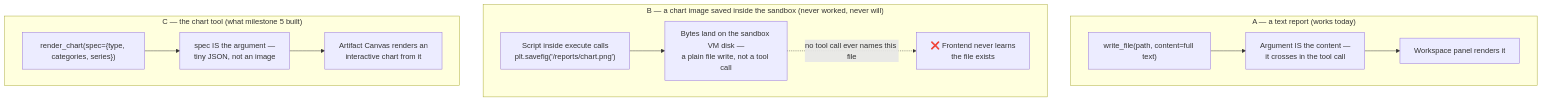
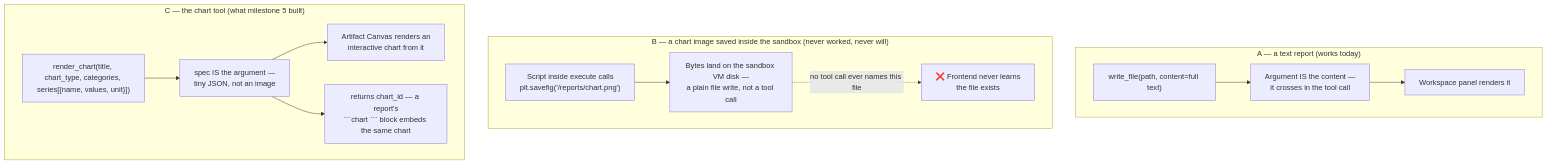
One commit to jzamalloa1/intelligence-workbench changed the second of 2 diagrams in README.md. Above: the diagram before and after it, drawn with Mermaid. The commit also changed other lines of this file and 13 other files, not shown here.

````diff
--- a/README.md
+++ b/README.md
@@ -191,20 +194,21 @@
 ```mermaid
 flowchart TD
     subgraph S1["A — a text report (works today)"]
         direction LR
         A1["write_file(path, content=full text)"] --> A2["Argument IS the content —\nit crosses in the tool call"]
         A2 --> A3["Workspace panel renders it"]
     end
 
     subgraph S2["B — a chart image saved inside the sandbox (never worked, never will)"]
         direction LR
         B1["Script inside execute calls\nplt.savefig('/reports/chart.png')"] --> B2["Bytes land on the sandbox VM disk —\na plain file write, not a tool call"]
         B2 -.no tool call ever names this file.-> B3["❌ Frontend never learns\nthe file exists"]
     end
 
     subgraph S3["C — the chart tool (what milestone 5 built)"]
         direction LR
-        C1["render_chart(spec={type, categories, series})"] --> C2["spec IS the argument —\ntiny JSON, not an image"]
+        C1["render_chart(title, chart_type, categories, series[{name, values, unit}])"] --> C2["spec IS the argument —\ntiny JSON, not an image"]
         C2 --> C3["Artifact Canvas renders an\ninteractive chart from it"]
+        C2 --> C4["returns chart_id — a report's\n```chart <id>``` block embeds the same chart"]
     end
 ```
````
